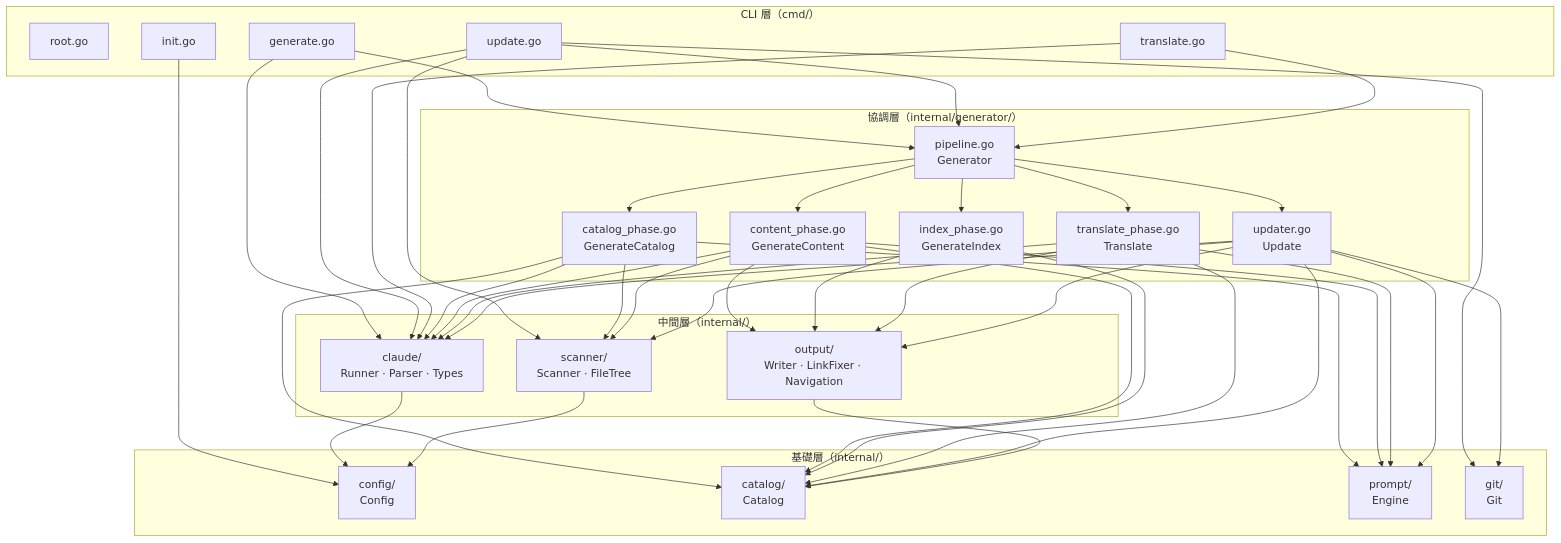
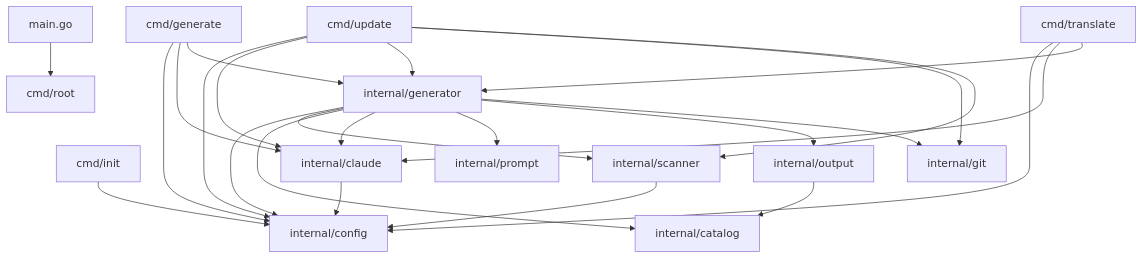
The first of 4 diagrams in docs/architecture/module-dependencies/index.md (monkenWu/selfmd-claude-code), drawn with Mermaid before and after one commit. The commit also changed other lines of this file and 145 other files, not shown here.

````diff
--- a/docs/architecture/module-dependencies/index.md
+++ b/docs/architecture/module-dependencies/index.md
@@ -30,78 +19,43 @@
 ```mermaid
 flowchart TD
-    subgraph CLI["CLI 層（cmd/）"]
-        cmd_root["root.go"]
-        cmd_init["init.go"]
-        cmd_gen["generate.go"]
-        cmd_update["update.go"]
-        cmd_translate["translate.go"]
-    end
+    main["main.go"]
+    cmd_root["cmd/root"]
+    cmd_generate["cmd/generate"]
+    cmd_init["cmd/init"]
+    cmd_update["cmd/update"]
+    cmd_translate["cmd/translate"]
+    generator["internal/generator"]
+    config["internal/config"]
+    scanner["internal/scanner"]
+    catalog["internal/catalog"]
+    claude["internal/claude"]
+    prompt["internal/prompt"]
+    output["internal/output"]
+    gitpkg["internal/git"]
 
-    subgraph Orchestration["協調層（internal/generator/）"]
-        pipeline["pipeline.go<br/>Generator"]
-        catalog_phase["catalog_phase.go<br/>GenerateCatalog"]
-        content_phase["content_phase.go<br/>GenerateContent"]
-        index_phase["index_phase.go<br/>GenerateIndex"]
-        translate_phase["translate_phase.go<br/>Translate"]
-        updater["updater.go<br/>Update"]
-    end
+    main --> cmd_root
+    cmd_generate --> config
+    cmd_generate --> claude
+    cmd_generate --> generator
+    cmd_init --> config
+    cmd_update --> config
+    cmd_update --> claude
+    cmd_update --> generator
+    cmd_update --> gitpkg
+    cmd_update --> scanner
+    cmd_translate --> config
+    cmd_translate --> claude
+    cmd_translate --> generator
 
-    subgraph Middleware["中間層（internal/）"]
-        claude["claude/<br/>Runner · Parser · Types"]
-        output_pkg["output/<br/>Writer · LinkFixer · Navigation"]
-        scanner_pkg["scanner/<br/>Scanner · FileTree"]
-    end
+    generator --> config
+    generator --> scanner
+    generator --> catalog
+    generator --> claude
+    generator --> prompt
+    generator --> output
+    generator --> gitpkg
 
-    subgraph Foundation["基礎層（internal/）"]
-        config_pkg["config/<br/>Config"]
-        catalog_pkg["catalog/<br/>Catalog"]
-        prompt_pkg["prompt/<br/>Engine"]
-        git_pkg["git/<br/>Git"]
-    end
-
-    cmd_gen --> pipeline
-    cmd_update --> pipeline
-    cmd_update --> git_pkg
-    cmd_update --> scanner_pkg
-    cmd_translate --> pipeline
-    cmd_init --> config_pkg
-    cmd_gen --> claude
-    cmd_update --> claude
-    cmd_translate --> claude
-
-    pipeline --> catalog_phase
-    pipeline --> content_phase
-    pipeline --> index_phase
-    pipeline --> translate_phase
-    pipeline --> updater
-
-    catalog_phase --> claude
-    catalog_phase --> prompt_pkg
-    catalog_phase --> scanner_pkg
-    catalog_phase --> catalog_pkg
-
-    content_phase --> claude
-    content_phase --> prompt_pkg
-    content_phase --> scanner_pkg
-    content_phase --> catalog_pkg
-    content_phase --> output_pkg
-
-    index_phase --> catalog_pkg
-    index_phase --> output_pkg
-
-    translate_phase --> claude
-    translate_phase --> prompt_pkg
-    translate_phase --> catalog_pkg
-    translate_phase --> output_pkg
-
-    updater --> claude
-    updater --> prompt_pkg
-    updater --> scanner_pkg
-    updater --> catalog_pkg
-    updater --> output_pkg
-    updater --> git_pkg
-
-    claude --> config_pkg
-    scanner_pkg --> config_pkg
-    output_pkg --> catalog_pkg
+    scanner --> config
+    claude --> config
+    output --> catalog
 ```
````
